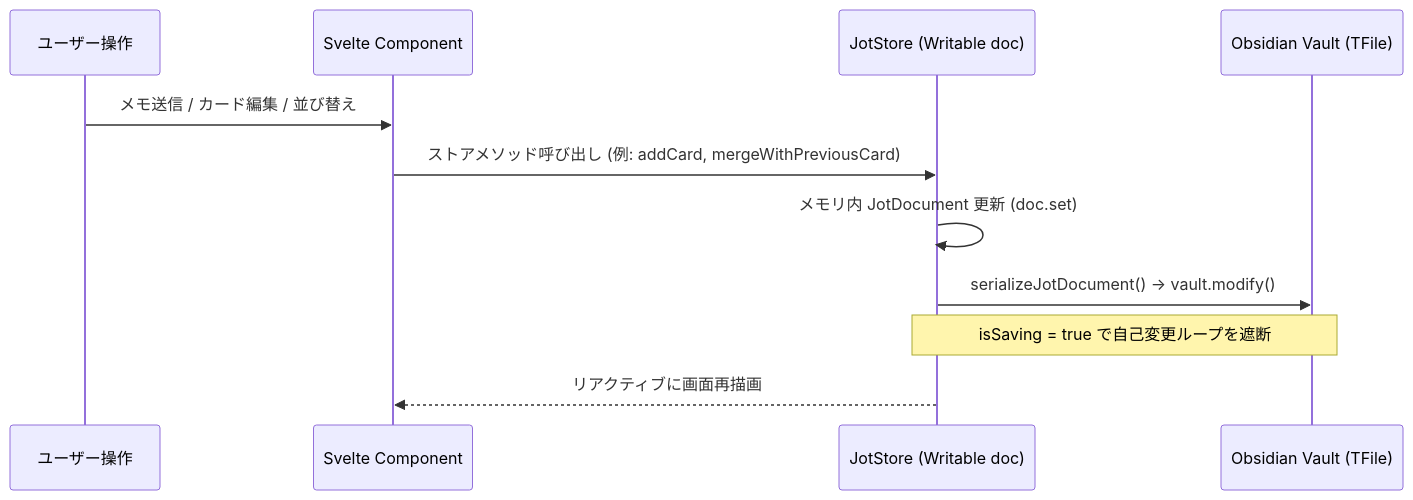
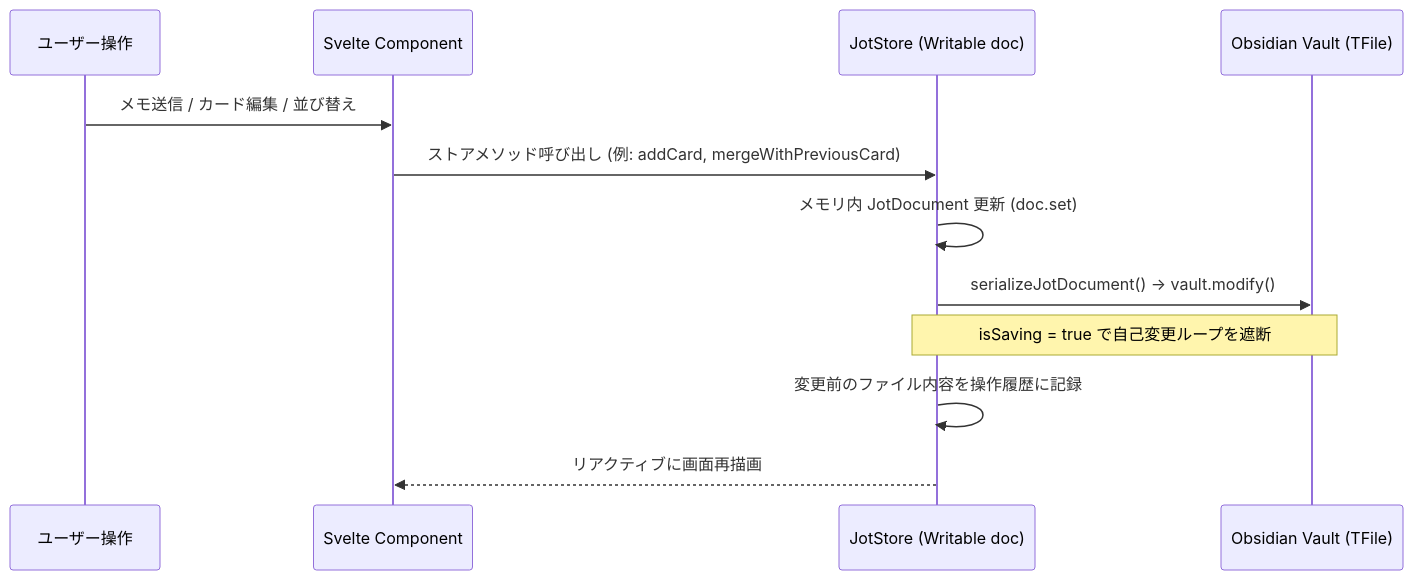
One commit to sasaki819/JotLine changed the second of 4 diagrams in docs/architecture/01.Architecture.md. Above: the diagram before and after it, drawn with Mermaid. The commit also changed other lines of this file and 20 other files, not shown here.

````diff
--- a/docs/architecture/01.Architecture.md
+++ b/docs/architecture/01.Architecture.md
@@ -61,14 +61,15 @@
 ```mermaid
 sequenceDiagram
     participant User as ユーザー操作
     participant UI as Svelte Component
     participant Store as JotStore (Writable doc)
     participant Vault as Obsidian Vault (TFile)
 
     User->>UI: メモ送信 / カード編集 / 並び替え
     UI->>Store: ストアメソッド呼び出し (例: addCard, mergeWithPreviousCard)
     Store->>Store: メモリ内 JotDocument 更新 (doc.set)
     Store->>Vault: serializeJotDocument() -> vault.modify()
     Note over Store,Vault: isSaving = true で自己変更ループを遮断
+    Store->>Store: 変更前のファイル内容を操作履歴に記録
     Store-->>UI: リアクティブに画面再描画
 ```
````
